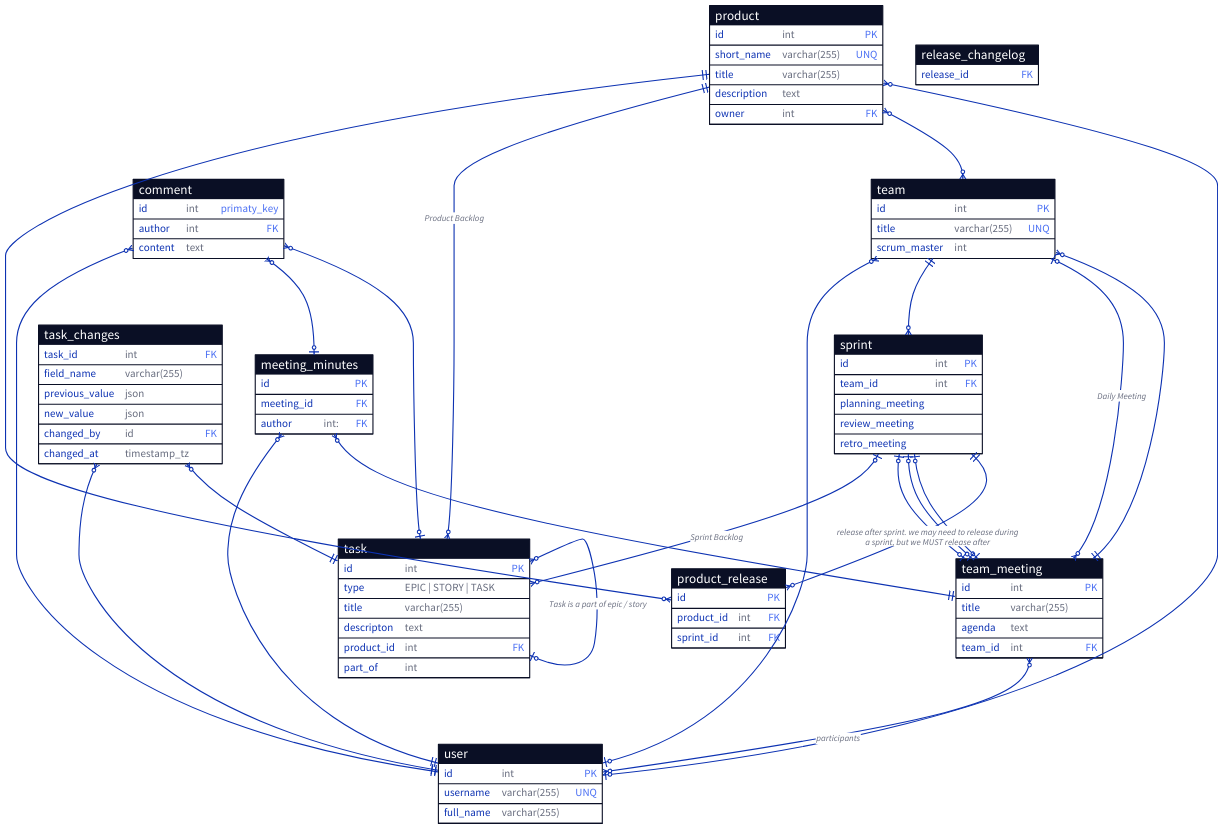
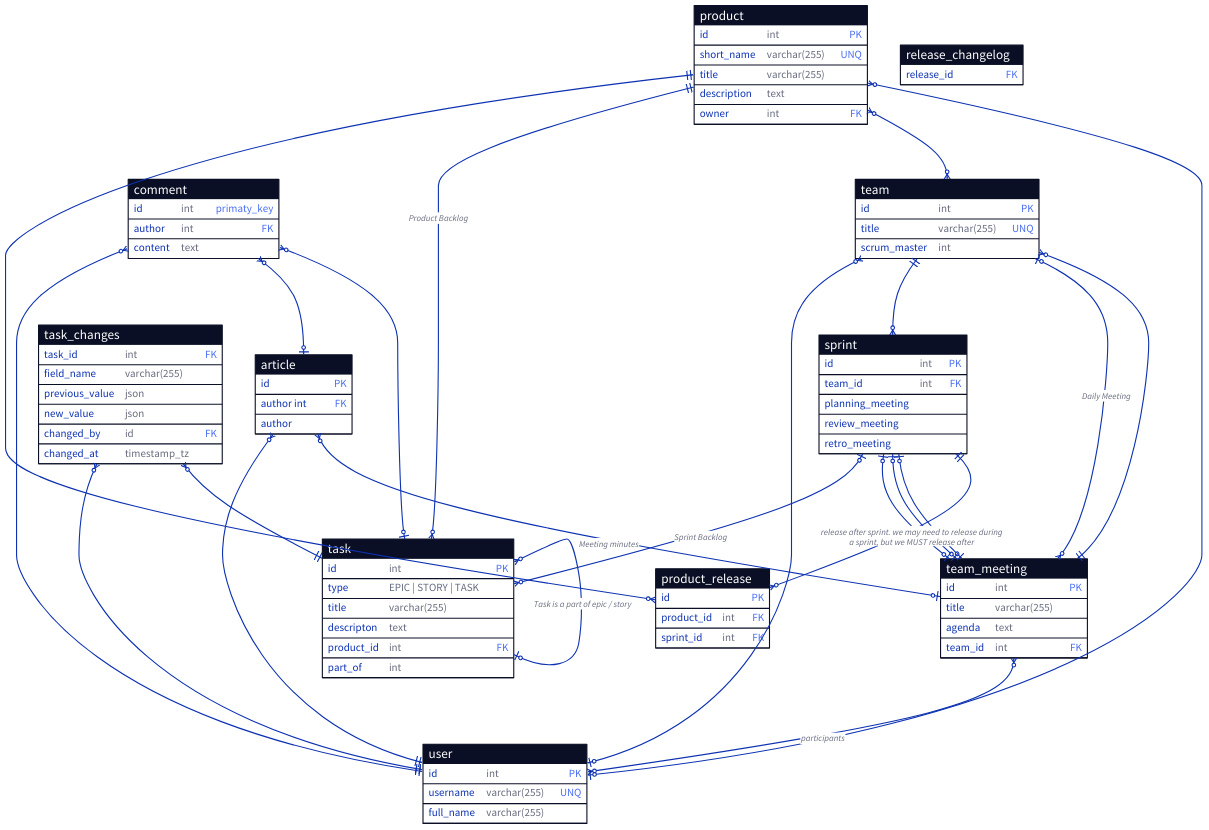
The diagram in docs/infological.d2 (forafox/Zadachnik), drawn with D2 before and after one commit.

Commit message:
rename meeting minutes to articles

```diff
--- a/docs/infological.d2
+++ b/docs/infological.d2
@@ -42,11 +42,10 @@
   team_id: int {constraint: foreign_key}
 }
 
-meeting_minutes: {
+article: {
   shape: sql_table
   id: {constraint: primary_key}
-  meeting_id: {constraint: foreign_key}
-  author: int: {constraint: foreign_key}
+  author int: {constraint: foreign_key}
 }
 
 product_release: {
@@ -80,16 +79,17 @@
   }
 }
 
-meeting_minutes.meeting_id <-> team_meeting: {
+article <-> team_meeting: {
   source-arrowhead: {
     shape: cf-many
   }
   target-arrowhead: {
-    shape: cf-one-required
+    shape: cf-one
   }
+  label: "Meeting minutes"
 }
 
-meeting_minutes.author <-> user: {
+article.author <-> user: {
   source-arrowhead: {
     shape: cf-many
   }
@@ -163,7 +163,7 @@
   }
 }
 
-comment <-> meeting_minutes: {
+comment <-> article: {
   source-arrowhead: {
     shape: cf-many
   }
```
